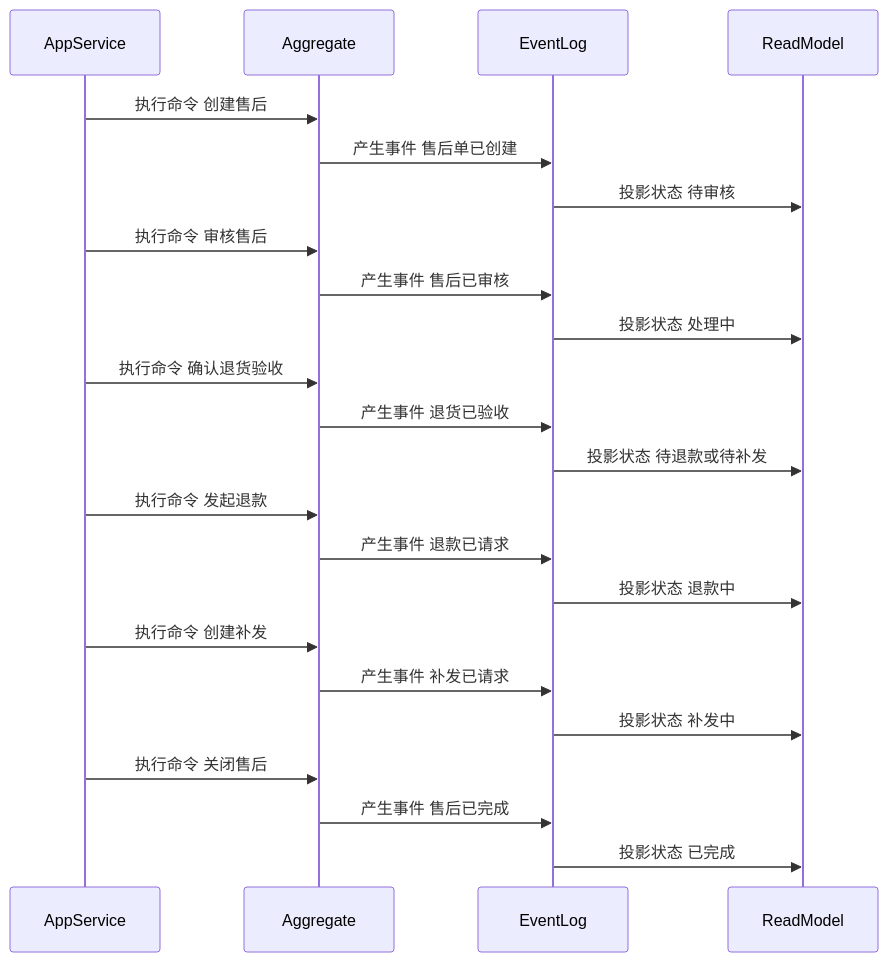
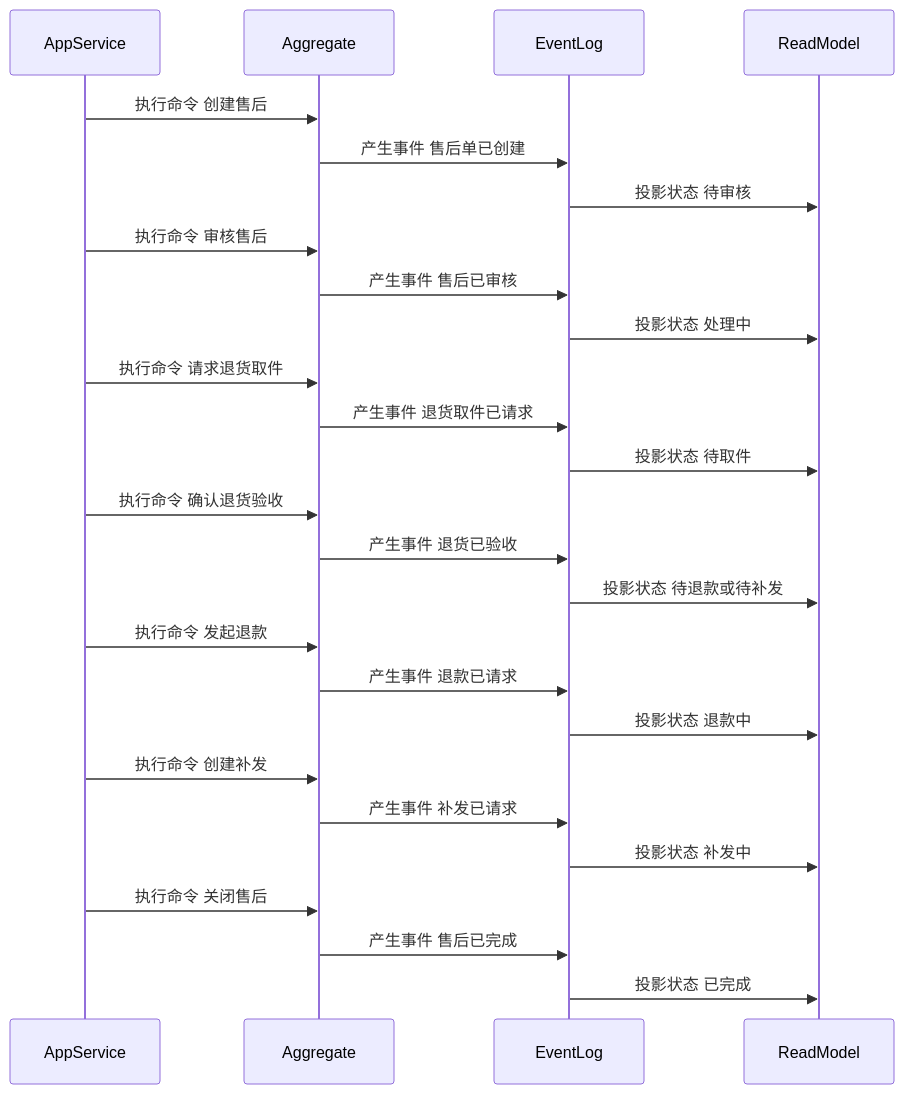
The sixth of 6 diagrams in docs/03-核心业务模型/05-OMS领域模型/06-售后单聚合CQRS设计.md (chao1927/scm), drawn with Mermaid before and after one commit. The commit also changed other lines of this file and 118 other files, not shown here.

````diff
--- a/docs/03-核心业务模型/05-OMS领域模型/06-售后单聚合CQRS设计.md
+++ b/docs/03-核心业务模型/05-OMS领域模型/06-售后单聚合CQRS设计.md
@@ -261,26 +273,29 @@
 ```mermaid
 sequenceDiagram
     participant AppService
     participant Aggregate
     participant EventLog
     participant ReadModel
 
     AppService->>Aggregate: 执行命令 创建售后
     Aggregate->>EventLog: 产生事件 售后单已创建
     EventLog->>ReadModel: 投影状态 待审核
     AppService->>Aggregate: 执行命令 审核售后
     Aggregate->>EventLog: 产生事件 售后已审核
     EventLog->>ReadModel: 投影状态 处理中
+    AppService->>Aggregate: 执行命令 请求退货取件
+    Aggregate->>EventLog: 产生事件 退货取件已请求
+    EventLog->>ReadModel: 投影状态 待取件
     AppService->>Aggregate: 执行命令 确认退货验收
     Aggregate->>EventLog: 产生事件 退货已验收
     EventLog->>ReadModel: 投影状态 待退款或待补发
     AppService->>Aggregate: 执行命令 发起退款
     Aggregate->>EventLog: 产生事件 退款已请求
     EventLog->>ReadModel: 投影状态 退款中
     AppService->>Aggregate: 执行命令 创建补发
     Aggregate->>EventLog: 产生事件 补发已请求
     EventLog->>ReadModel: 投影状态 补发中
     AppService->>Aggregate: 执行命令 关闭售后
     Aggregate->>EventLog: 产生事件 售后已完成
     EventLog->>ReadModel: 投影状态 已完成
 ```
````
